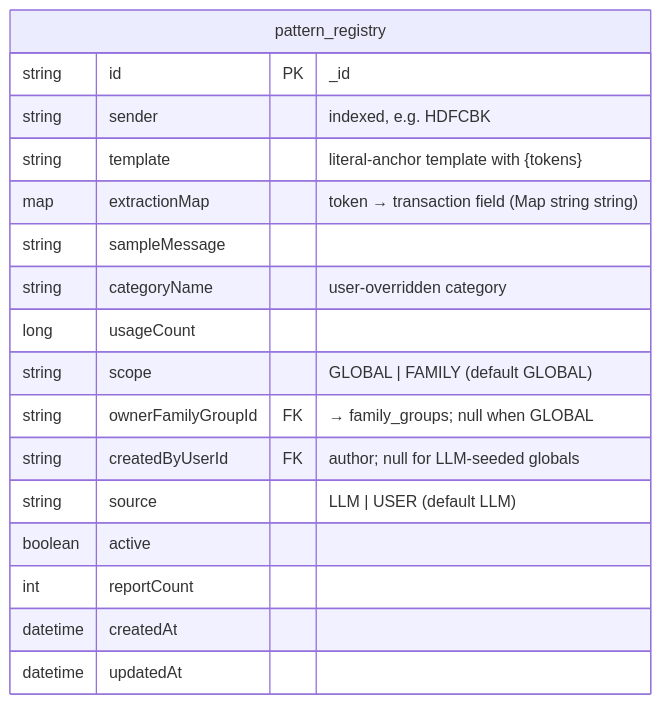
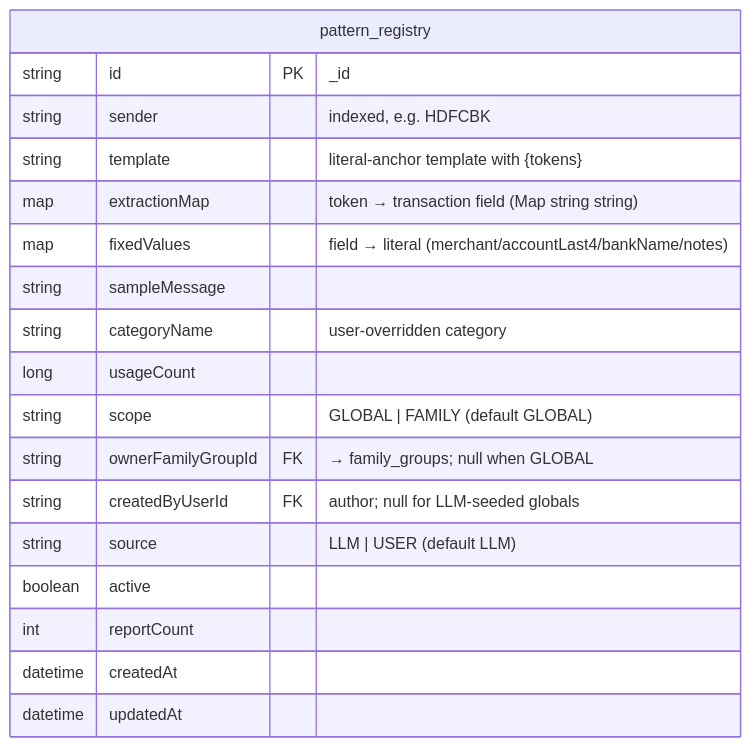
The eighth of 10 diagrams in ERD.md (jayy2kok/budgetly), drawn with Mermaid before and after one commit. The commit also changed other lines of this file and 3 other files, not shown here.

First line of the commit message:
docs: sync pattern registry scope, precedence, and builder flow

````diff
--- a/ERD.md
+++ b/ERD.md
@@ -165,20 +167,21 @@
 ```mermaid
 erDiagram
     pattern_registry {
         string id PK "_id"
         string sender "indexed, e.g. HDFCBK"
         string template "literal-anchor template with {tokens}"
         map extractionMap "token → transaction field (Map string string)"
+        map fixedValues "field → literal (merchant/accountLast4/bankName/notes)"
         string sampleMessage
         string categoryName "user-overridden category"
         long usageCount
         string scope "GLOBAL | FAMILY (default GLOBAL)"
         string ownerFamilyGroupId FK "→ family_groups; null when GLOBAL"
         string createdByUserId FK "author; null for LLM-seeded globals"
         string source "LLM | USER (default LLM)"
         boolean active
         int reportCount
         datetime createdAt
         datetime updatedAt
     }
 ```
````
